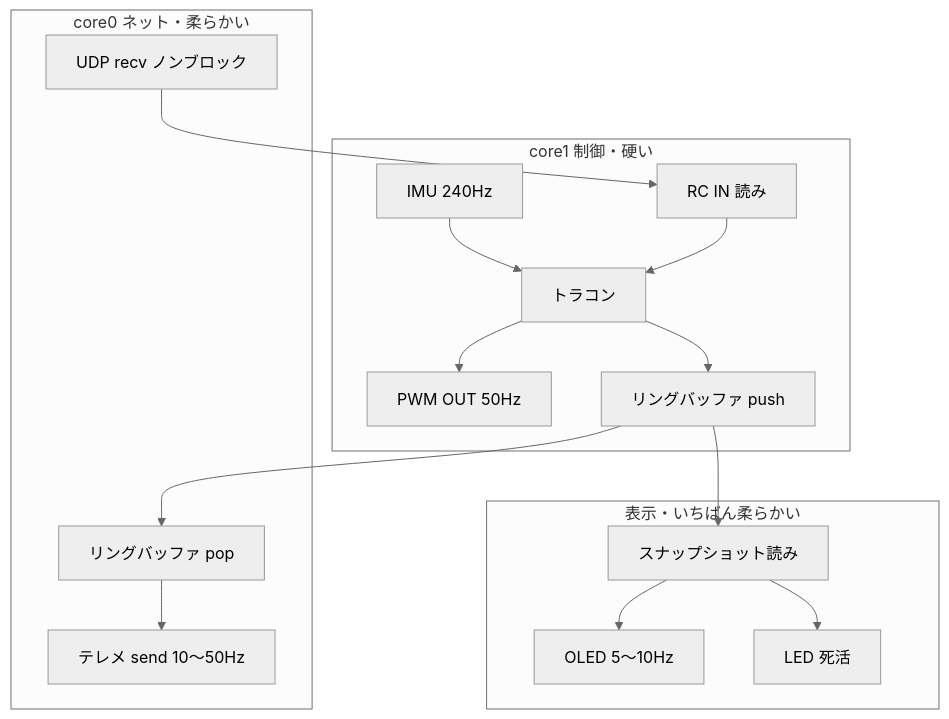
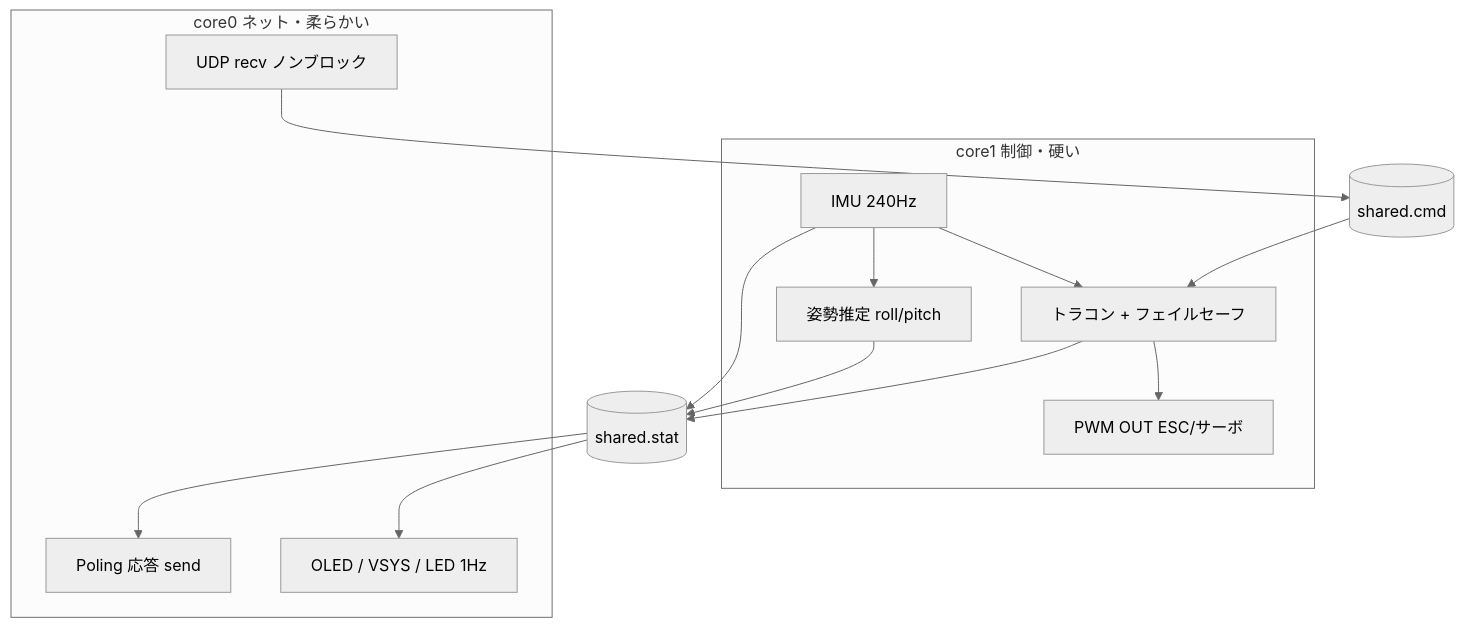
The diagram in docs/system-architecture.md (okra-seiji-guthub/pico2-001-testdevices), drawn with Mermaid (neutral theme) before and after one commit. The commit also changed other lines of this file and 4 other files, not shown here.

````diff
--- a/docs/system-architecture.md
+++ b/docs/system-architecture.md
@@ -26,32 +26,29 @@
 ```mermaid
 flowchart TB
   subgraph core1 [core1 制御・硬い]
     IMU[IMU 240Hz]
-    TC[トラコン]
-    RCIN[RC IN 読み]
-    PWM[PWM OUT 50Hz]
+    ATT[姿勢推定 roll/pitch]
+    TC[トラコン + フェイルセーフ]
+    PWM[PWM OUT ESC/サーボ]
+    IMU --> ATT
     IMU --> TC
-    RCIN --> TC
     TC --> PWM
-    TC --> RBpush[リングバッファ push]
   end
 
   subgraph core0 [core0 ネット・柔らかい]
     UDPin[UDP recv ノンブロック]
-    UDPout[テレメ send 10〜50Hz]
-    RBpop[リングバッファ pop]
-    RBpop --> UDPout
+    POLL[Poling 応答 send]
+    UI[OLED / VSYS / LED 1Hz]
   end
 
-  subgraph ui [表示・いちばん柔らかい]
-    OLED[OLED 5〜10Hz]
-    LED[LED 死活]
-    RBread[スナップショット読み]
-    RBread --> OLED
-    RBread --> LED
-  end
+  CMD[(shared.cmd)]
+  STAT[(shared.stat)]
 
-  RBpush --> RBpop
-  RBpush --> RBread
-  UDPin --> RCIN
+  UDPin --> CMD
+  CMD --> TC
+  IMU --> STAT
+  ATT --> STAT
+  TC --> STAT
+  STAT --> POLL
+  STAT --> UI
 ```
````
